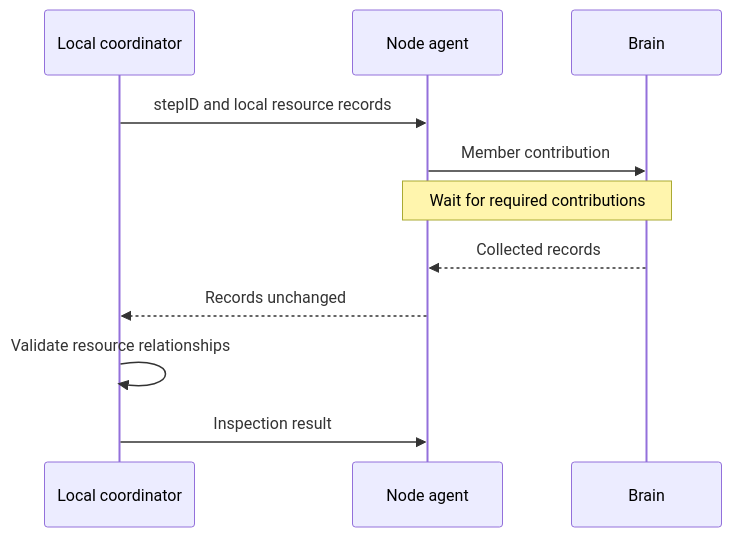
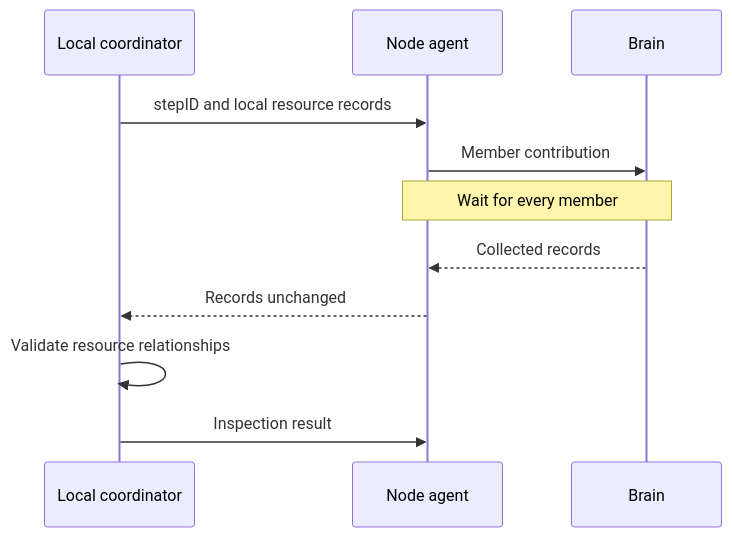
One commit to ai-dynamo/snapshot changed the fifth of 5 diagrams in docs/proposals/324-multi-pod-snapshot-restore/README.md. Above: the diagram before and after it, drawn with Mermaid. The commit also changed other lines of this file, not shown here.

````diff
--- a/docs/proposals/324-multi-pod-snapshot-restore/README.md
+++ b/docs/proposals/324-multi-pod-snapshot-restore/README.md
@@ -779,13 +955,13 @@
 ```mermaid
 sequenceDiagram
     participant H as Local coordinator
     participant A as Node agent
     participant B as Brain
     H->>A: stepID and local resource records
     A->>B: Member contribution
-    Note over A,B: Wait for required contributions
+    Note over A,B: Wait for every member
     B-->>A: Collected records
     A-->>H: Records unchanged
     H->>H: Validate resource relationships
     H->>A: Inspection result
 ```
````
